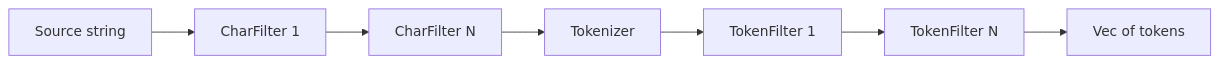
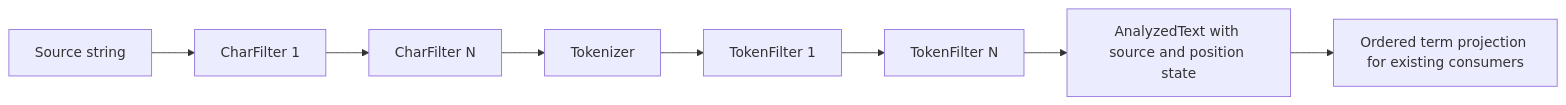
Before and after one commit to cognica-io/uqa-engine: the first of 4 diagrams in docs/manual/internals/04-analyzer-pipeline.md, drawn with Mermaid. The commit also changed other lines of this file and 15 other files, not shown here.

Commit message:
Preserve token graphs across analyzer stages

````diff
--- a/docs/manual/internals/04-analyzer-pipeline.md
+++ b/docs/manual/internals/04-analyzer-pipeline.md
@@ -21,9 +22,10 @@
 ```mermaid
 flowchart LR
     A[Source string] --> B[CharFilter 1]
     B --> C[CharFilter N]
     C --> D[Tokenizer]
     D --> E[TokenFilter 1]
     E --> F[TokenFilter N]
-    F --> G[Vec of tokens]
+    F --> G[AnalyzedText with source and position state]
+    G --> H[Ordered term projection for existing consumers]
 ```
````
